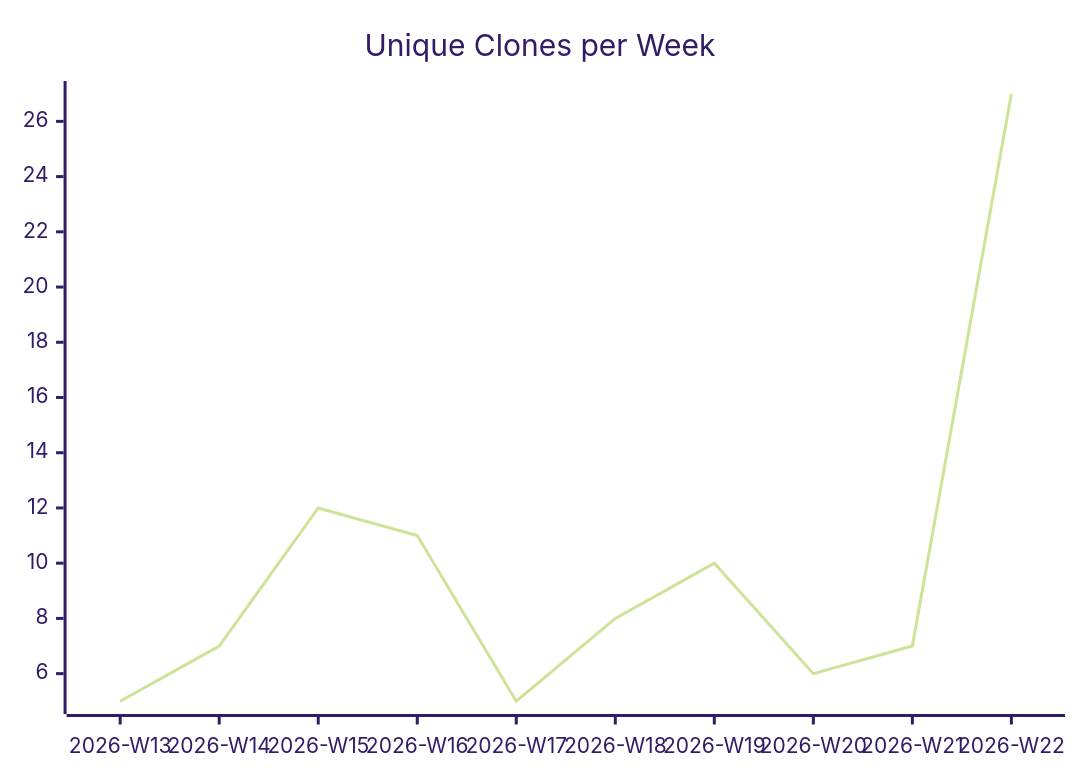
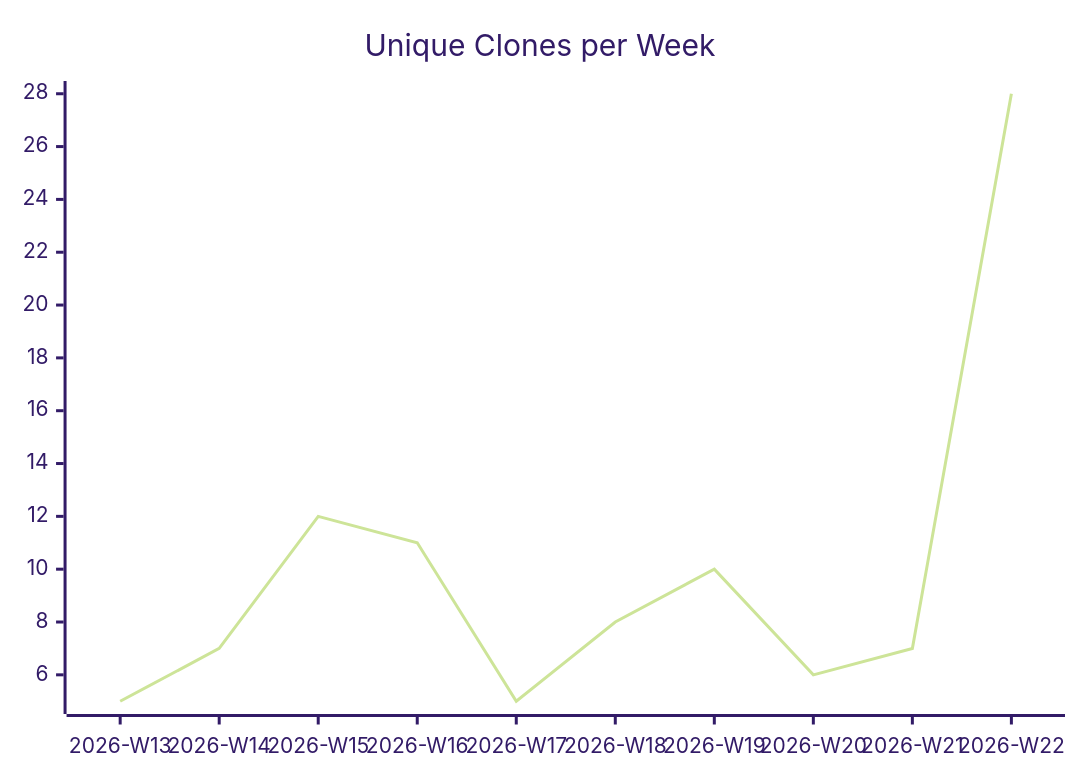
The third of 3 diagrams in karlmdavis/fhir-benchmarks/README.md (justdavis-family/github-analytics-data), drawn with Mermaid (forest theme) before and after one commit. The commit also changed other lines of this file and 188 other files, not shown here.

````diff
--- a/karlmdavis/fhir-benchmarks/README.md
+++ b/karlmdavis/fhir-benchmarks/README.md
@@ -19,6 +19,6 @@
 ```mermaid
 xychart-beta
   title "Unique Clones per Week"
   x-axis ["2026-W13", "2026-W14", "2026-W15", "2026-W16", "2026-W17", "2026-W18", "2026-W19", "2026-W20", "2026-W21", "2026-W22"]
-  line [5, 7, 12, 11, 5, 8, 10, 6, 7, 27]
+  line [5, 7, 12, 11, 5, 8, 10, 6, 7, 28]
 ```
````
